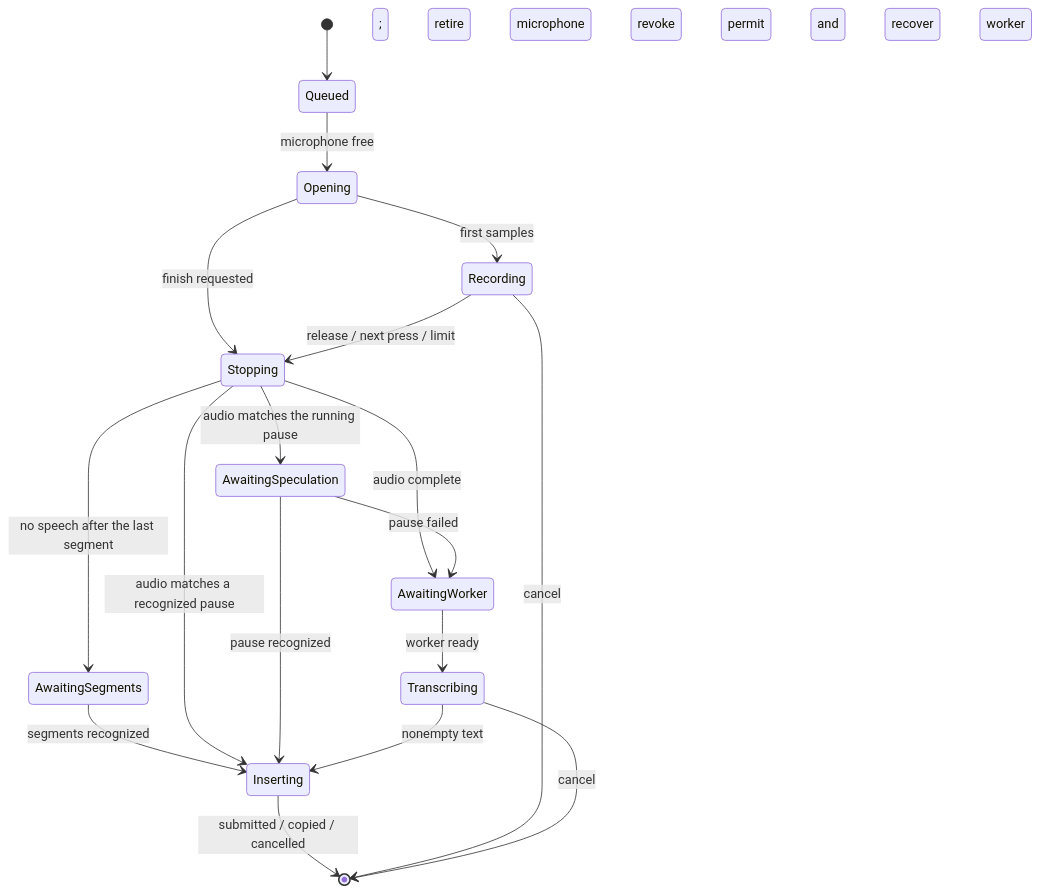
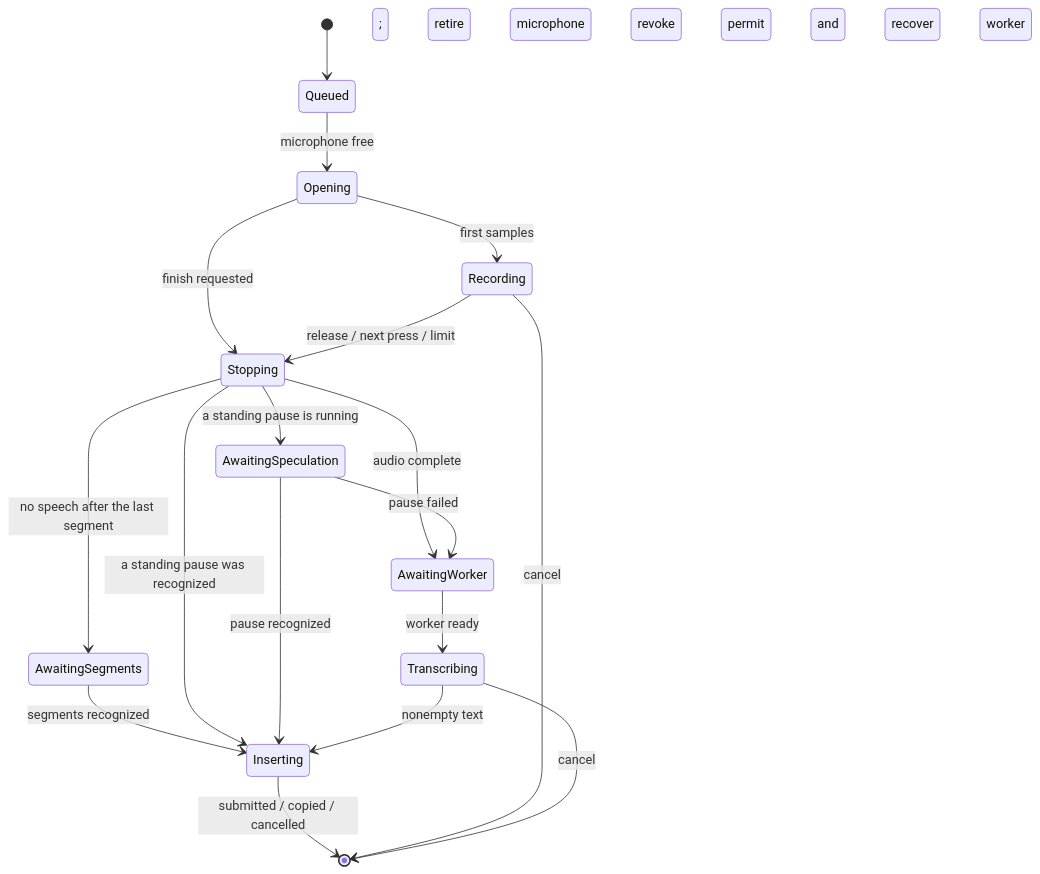
One commit to KrishRVH/speakeasy changed the second of 2 diagrams in docs/architecture.md. Above: the diagram before and after it, drawn with Mermaid. The commit also changed other lines of this file and 12 other files, not shown here.

````diff
--- a/docs/architecture.md
+++ b/docs/architecture.md
@@ -95,20 +95,20 @@
 ```mermaid
 stateDiagram-v2
     [*] --> Queued
     Queued --> Opening: microphone free
     Opening --> Recording: first samples
     Opening --> Stopping: finish requested
     Recording --> Stopping: release / next press / limit
     Stopping --> AwaitingWorker: audio complete; retire microphone
     Stopping --> AwaitingSegments: no speech after the last segment
     AwaitingSegments --> Inserting: segments recognized
-    Stopping --> Inserting: audio matches a recognized pause
-    Stopping --> AwaitingSpeculation: audio matches the running pause
+    Stopping --> Inserting: a standing pause was recognized
+    Stopping --> AwaitingSpeculation: a standing pause is running
     AwaitingSpeculation --> Inserting: pause recognized
     AwaitingSpeculation --> AwaitingWorker: pause failed
     AwaitingWorker --> Transcribing: worker ready
     Transcribing --> Inserting: nonempty text
     Inserting --> [*]: submitted / copied / cancelled
     Recording --> [*]: cancel; revoke permit and retire
     Transcribing --> [*]: cancel; revoke permit and recover worker
 ```
````
